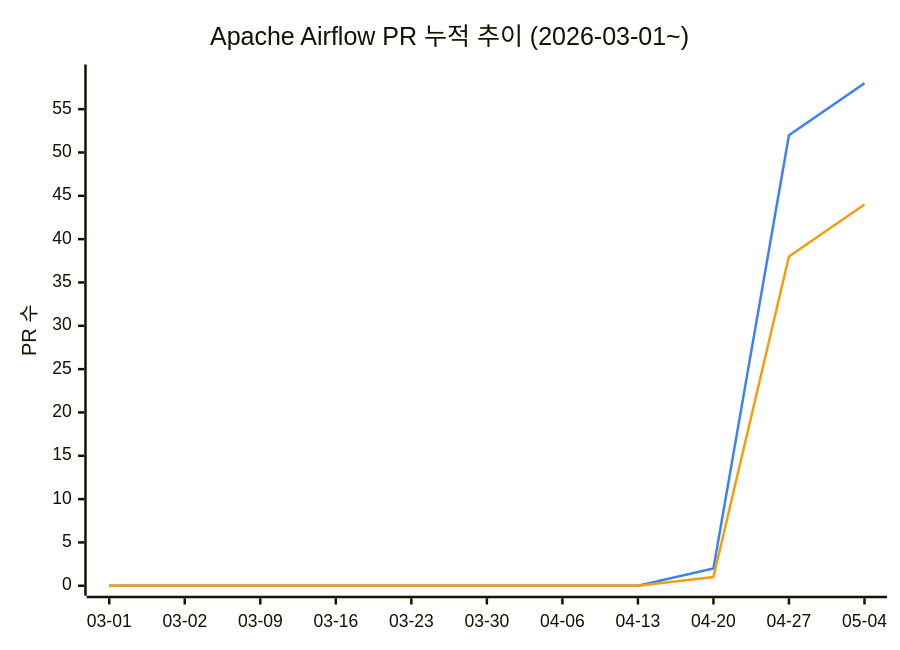
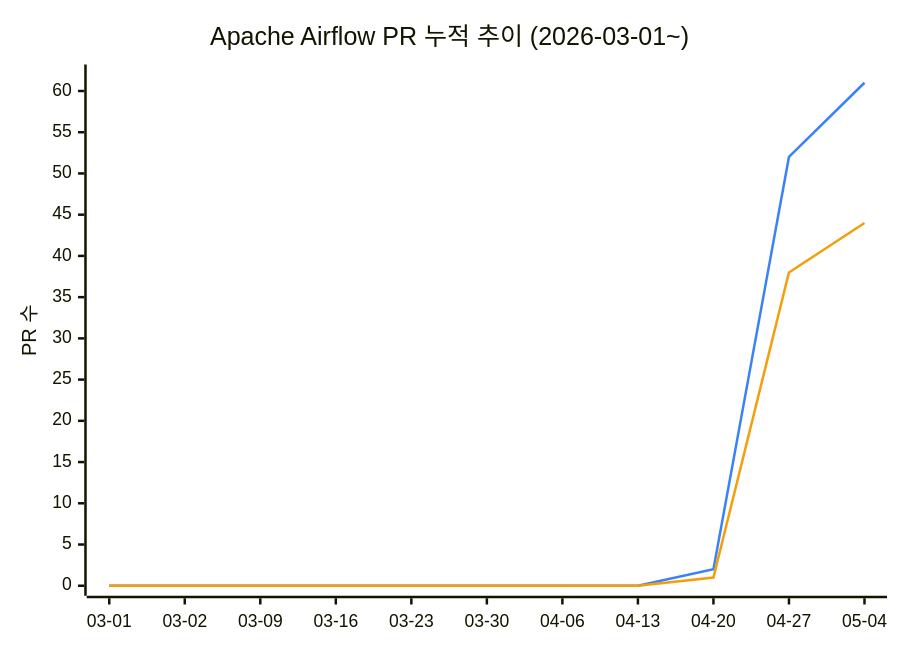
Before and after one commit to AirflowKorea/ossca: the diagram in README.md, drawn with Mermaid. The commit also changed other lines of this file, not shown here.

````diff
--- a/README.md
+++ b/README.md
@@ -11,9 +11,9 @@
 ```mermaid
 %%{init: {"themeVariables": {"xyChart": {"plotColorPalette": "#3b82f6, #f59e0b"}}}}%%
 xychart-beta
     title "Apache Airflow PR 누적 추이 (2026-03-01~)"
     x-axis ["03-01", "03-02", "03-09", "03-16", "03-23", "03-30", "04-06", "04-13", "04-20", "04-27", "05-04"]
-    y-axis "PR 수" 0 --> 59
-    line [0, 0, 0, 0, 0, 0, 0, 0, 2, 52, 58]
+    y-axis "PR 수" 0 --> 62
+    line [0, 0, 0, 0, 0, 0, 0, 0, 2, 52, 61]
     line [0, 0, 0, 0, 0, 0, 0, 0, 1, 38, 44]
 ```
````
